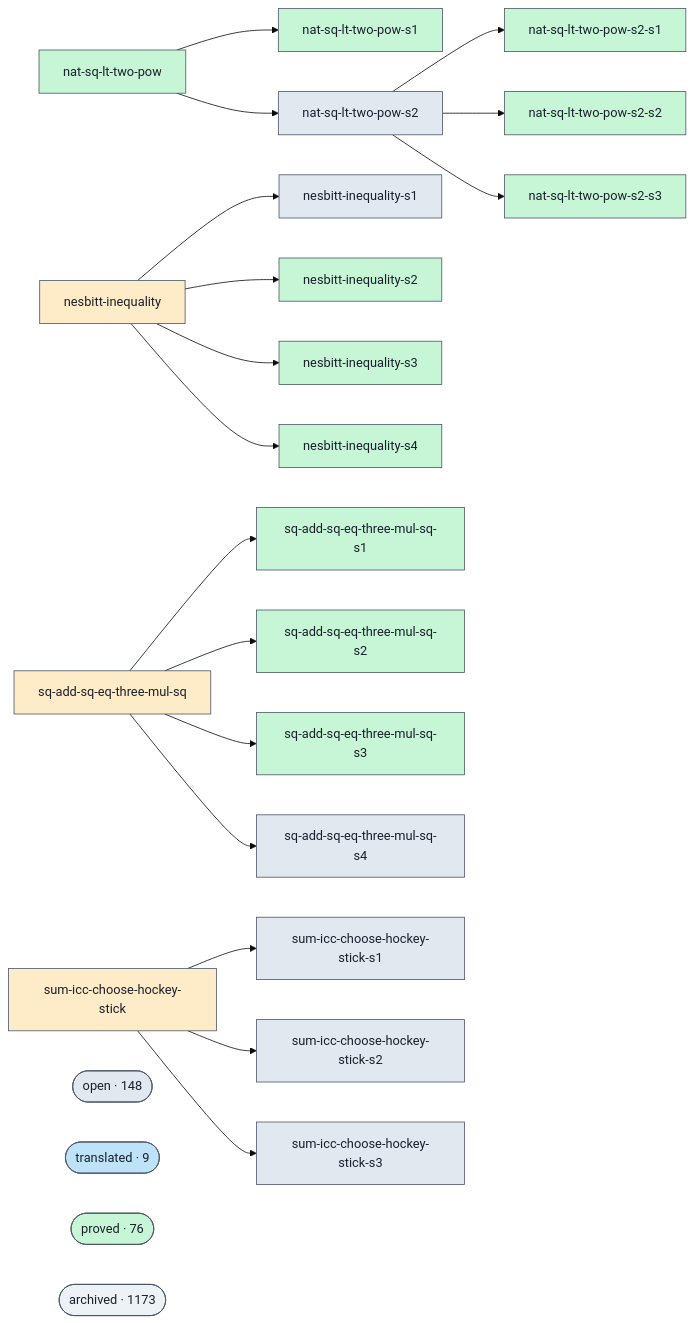
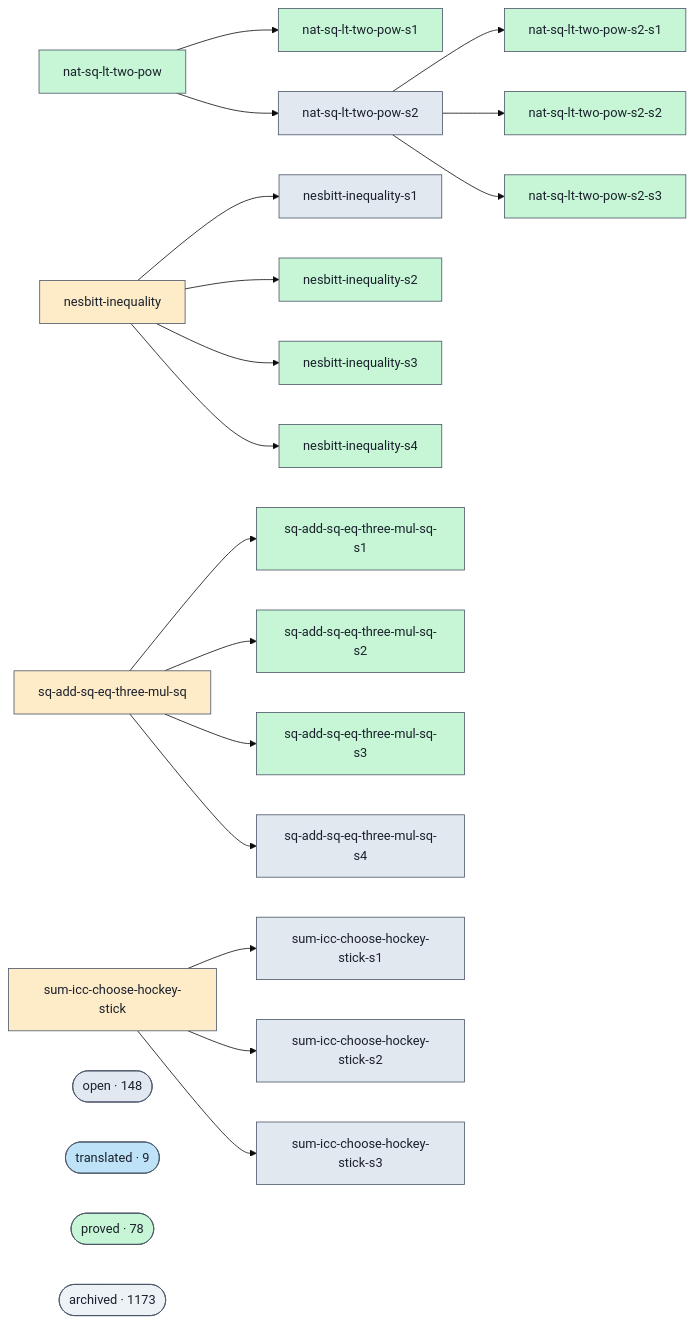
Before and after one commit to Rauxon/unsorry: the diagram in docs/proofs-contributors-visualisation.md, drawn with Mermaid (base theme). The commit also changed other lines of this file and 2 other files, not shown here.

```diff
--- a/docs/proofs-contributors-visualisation.md
+++ b/docs/proofs-contributors-visualisation.md
@@ -102,7 +102,7 @@
   class cluster_open open;
   cluster_translated(["translated · 9"])
   class cluster_translated translated;
-  cluster_proved(["proved · 76"])
+  cluster_proved(["proved · 78"])
   class cluster_proved proved;
   cluster_archived(["archived · 1173"])
   class cluster_archived unknown;
```
